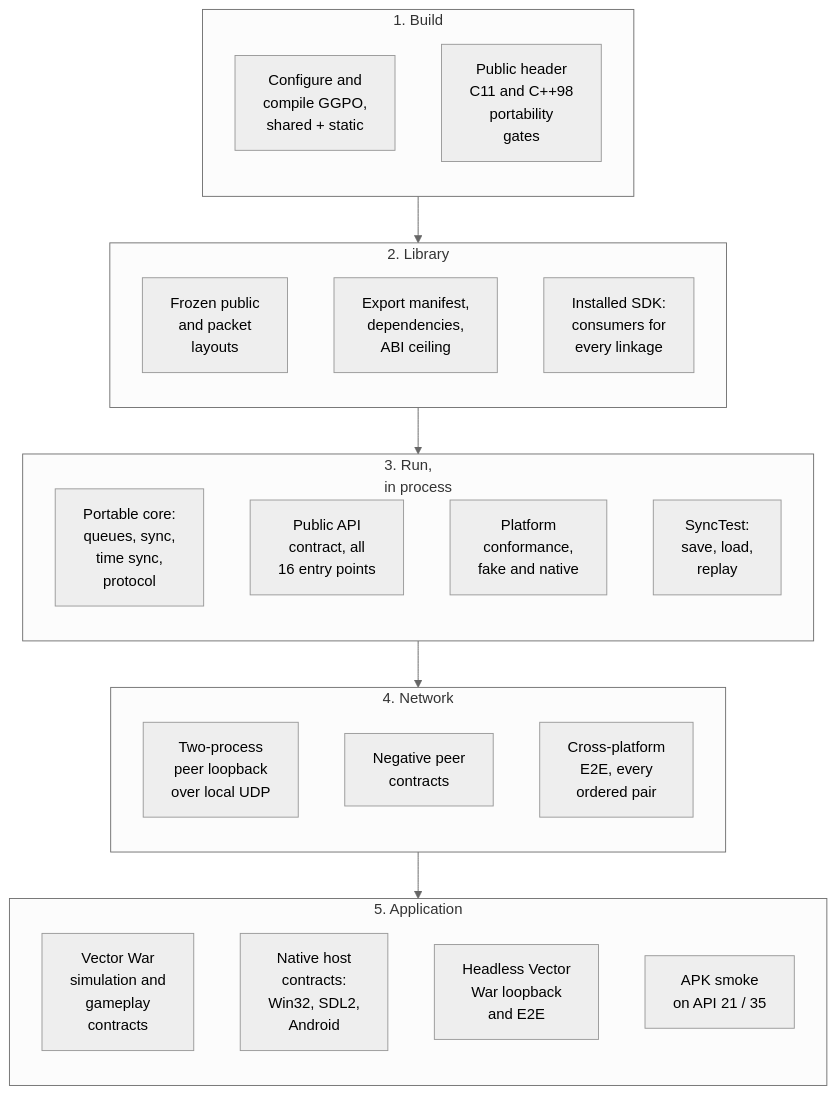
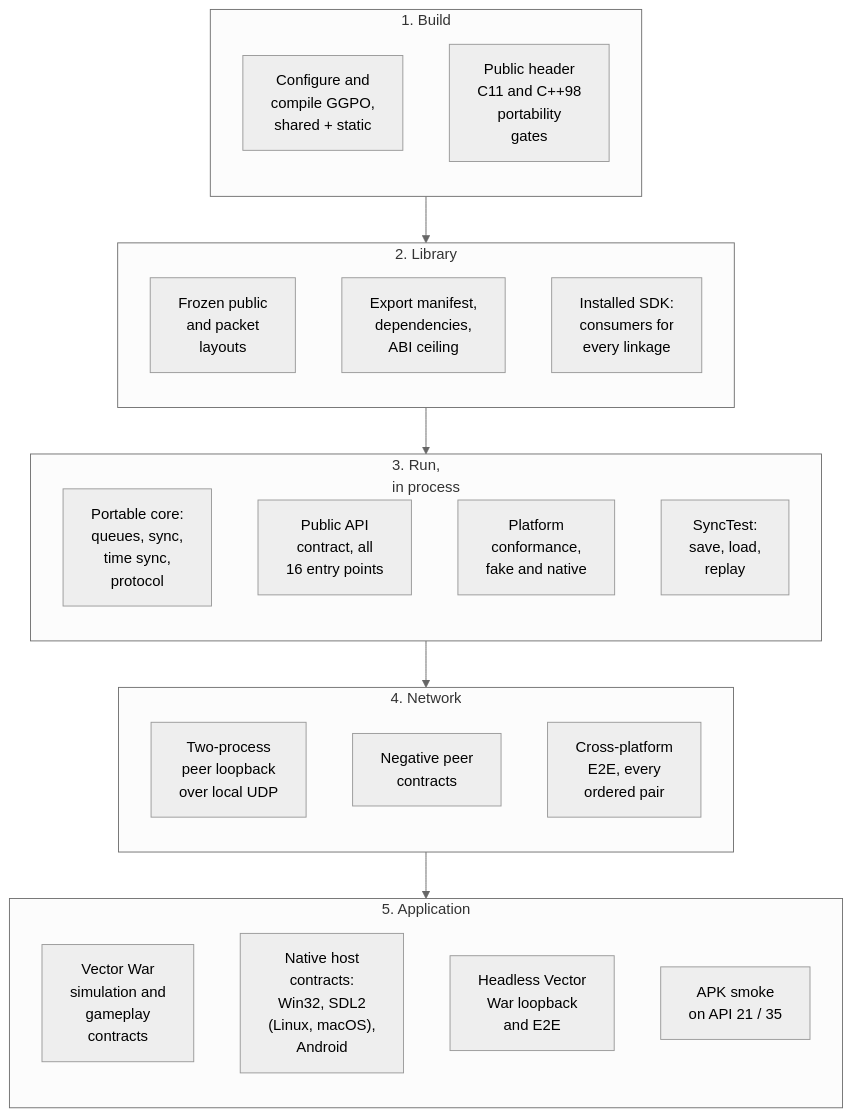
The second of 9 diagrams in doc/architecture/Testing.md (irregularthanis/ggpo-next), drawn with Mermaid (neutral theme) before and after one commit. The commit also changed other lines of this file and 7 other files, not shown here.

````diff
--- a/doc/architecture/Testing.md
+++ b/doc/architecture/Testing.md
@@ -107,40 +107,40 @@
 ```mermaid
 flowchart TB
     subgraph B["1. Build"]
         direction TB
         B1["Configure and<br/>compile GGPO,<br/>shared + static"]
         B2["Public header<br/>C11 and C++98<br/>portability<br/>gates"]
     end
 
     subgraph L["2. Library"]
         direction TB
         L1["Frozen public<br/>and packet<br/>layouts"]
         L2["Export manifest,<br/>dependencies,<br/>ABI ceiling"]
         L3["Installed SDK:<br/>consumers for<br/>every linkage"]
     end
 
     subgraph R["3. Run,<br/>in process"]
         direction TB
         R1["Portable core:<br/>queues, sync,<br/>time sync,<br/>protocol"]
         R2["Public API<br/>contract, all<br/>16 entry points"]
         R3["Platform<br/>conformance,<br/>fake and native"]
         R4["SyncTest:<br/>save, load,<br/>replay"]
     end
 
     subgraph N["4. Network"]
         direction TB
         N1["Two-process<br/>peer loopback<br/>over local UDP"]
         N2["Negative peer<br/>contracts"]
         N3["Cross-platform<br/>E2E, every<br/>ordered pair"]
     end
 
     subgraph A["5. Application"]
         direction TB
         A1["Vector War<br/>simulation and<br/>gameplay<br/>contracts"]
-        A2["Native host<br/>contracts:<br/>Win32, SDL2,<br/>Android"]
+        A2["Native host<br/>contracts:<br/>Win32, SDL2<br/>(Linux, macOS),<br/>Android"]
         A3["Headless Vector<br/>War loopback<br/>and E2E"]
         A4["APK smoke<br/>on API 21 / 35"]
     end
 
     B --> L --> R --> N --> A
 ```
````
